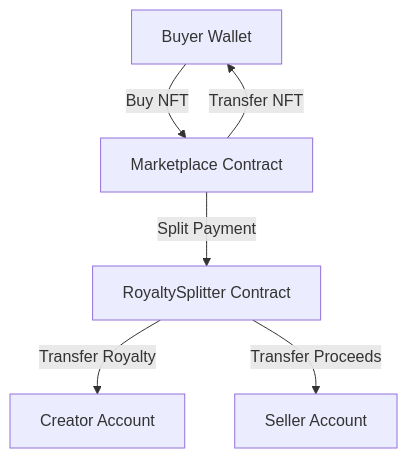
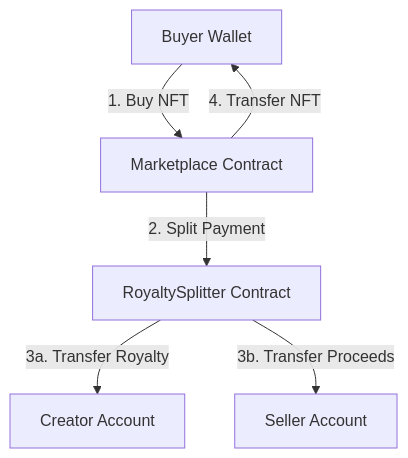
The diagram in README.md (shashacutu/starkmarket), drawn with Mermaid before and after one commit. The commit also changed other lines of this file and 1 other file, not shown here.

````diff
--- a/README.md
+++ b/README.md
@@ -33,8 +24,8 @@
 ```mermaid
 graph TD
-    Buyer[Buyer Wallet] -->|Buy NFT| Marketplace[Marketplace Contract]
-    Marketplace -->|Split Payment| Splitter[RoyaltySplitter Contract]
-    Splitter -->|Transfer Royalty| Creator[Creator Account]
-    Splitter -->|Transfer Proceeds| Seller[Seller Account]
-    Marketplace -->|Transfer NFT| Buyer
+    Buyer[Buyer Wallet] -->|1. Buy NFT| Marketplace[Marketplace Contract]
+    Marketplace -->|2. Split Payment| Splitter[RoyaltySplitter Contract]
+    Splitter -->|3a. Transfer Royalty| Creator[Creator Account]
+    Splitter -->|3b. Transfer Proceeds| Seller[Seller Account]
+    Marketplace -->|4. Transfer NFT| Buyer
 ```
````
